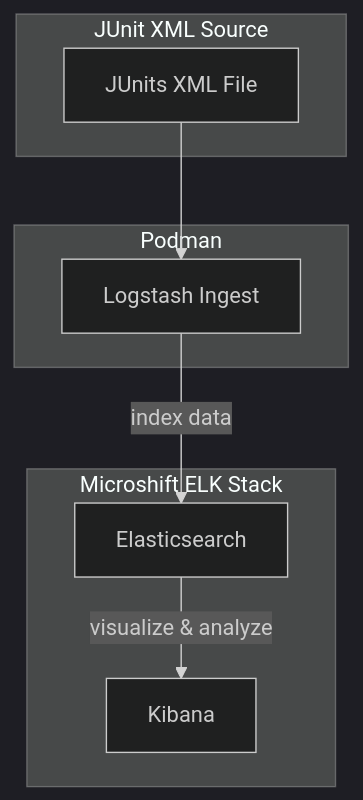
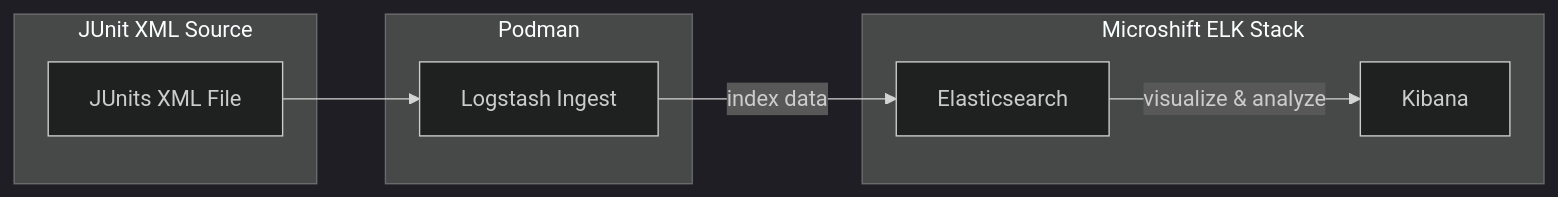
The diagram in logstash/README.md (eslutsky/microshift-misc), drawn with Mermaid (dark theme) before and after one commit.

````diff
--- a/logstash/README.md
+++ b/logstash/README.md
@@ -3,19 +3,19 @@
 ```mermaid
-flowchart TD
+flowchart LR
     subgraph "JUnit XML Source"
         JUnitXML[JUnits XML File]
     end
 
     subgraph "Podman"
         LogstashIngest[Logstash Ingest]
     end
 
     subgraph "Microshift ELK Stack"
         Elasticsearch[Elasticsearch]
         Kibana[Kibana]
     end
 
     JUnitXML --> LogstashIngest
     LogstashIngest -->|index data| Elasticsearch
     Elasticsearch -->|visualize & analyze| Kibana
 ```
````
